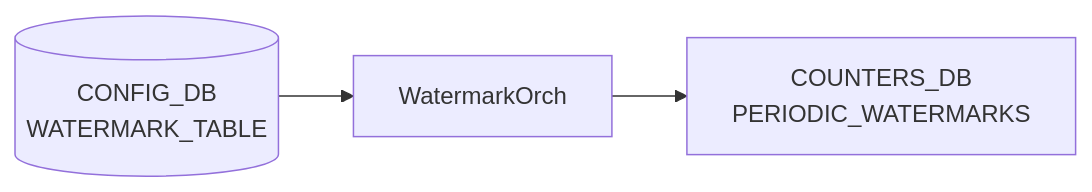
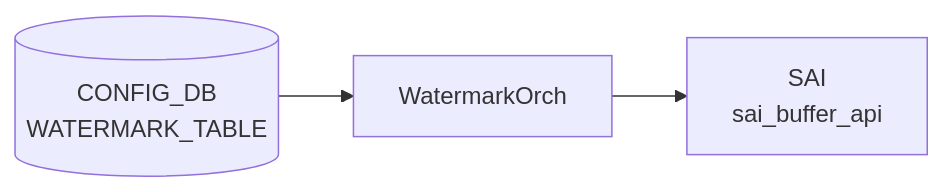
Before and after one commit to aoki-taquan/sonic-unofficial-docs: the diagram in docs/reference/config-db/pwm.md, drawn with Mermaid. The commit also changed other lines of this file and 359 other files, not shown here.

````diff
--- a/docs/reference/config-db/pwm.md
+++ b/docs/reference/config-db/pwm.md
@@ -33,8 +33,8 @@
 ```mermaid
 flowchart LR
   CDB[("CONFIG_DB<br/>WATERMARK_TABLE")]
   DM["WatermarkOrch"]
   CDB --> DM
-  WM["COUNTERS_DB<br/>PERIODIC_WATERMARKS"]
-  DM --> WM
+  SAI["SAI<br/>sai_buffer_api"]
+  DM --> SAI
 ```
````
